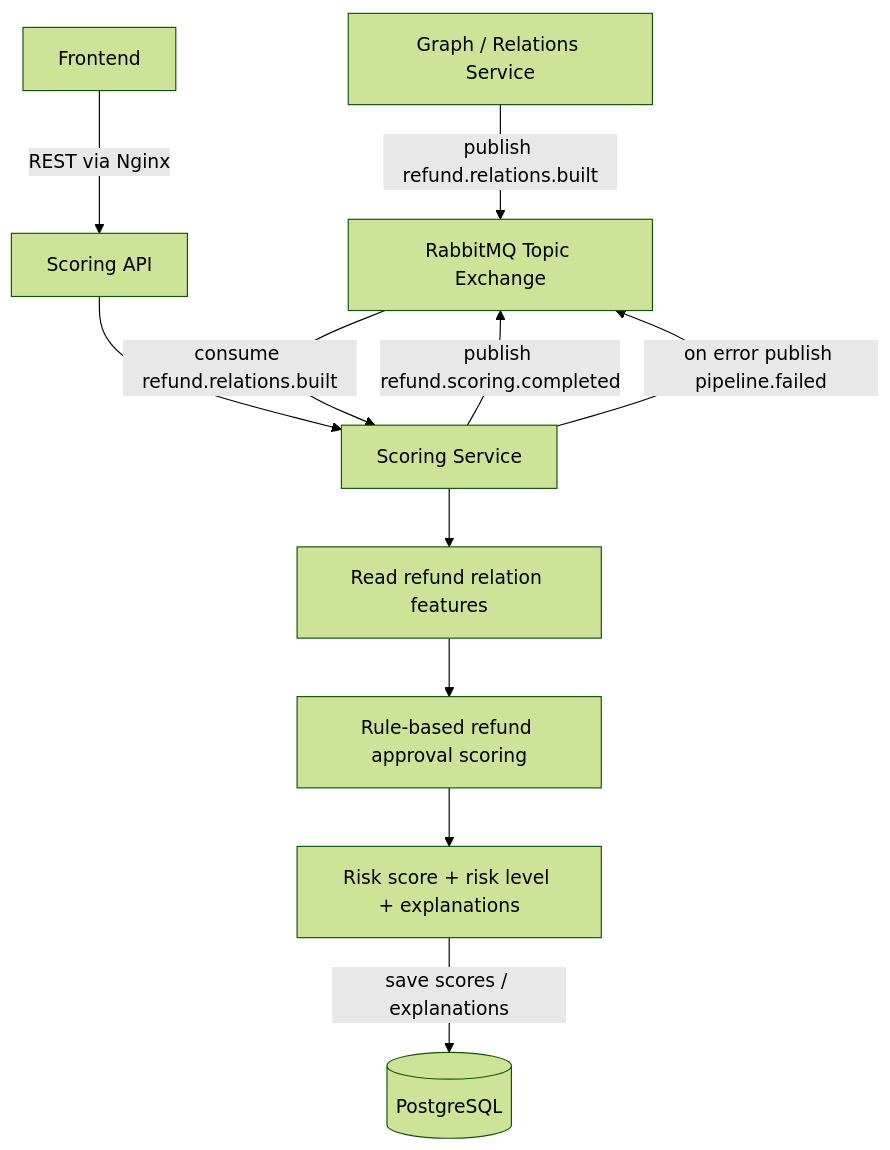
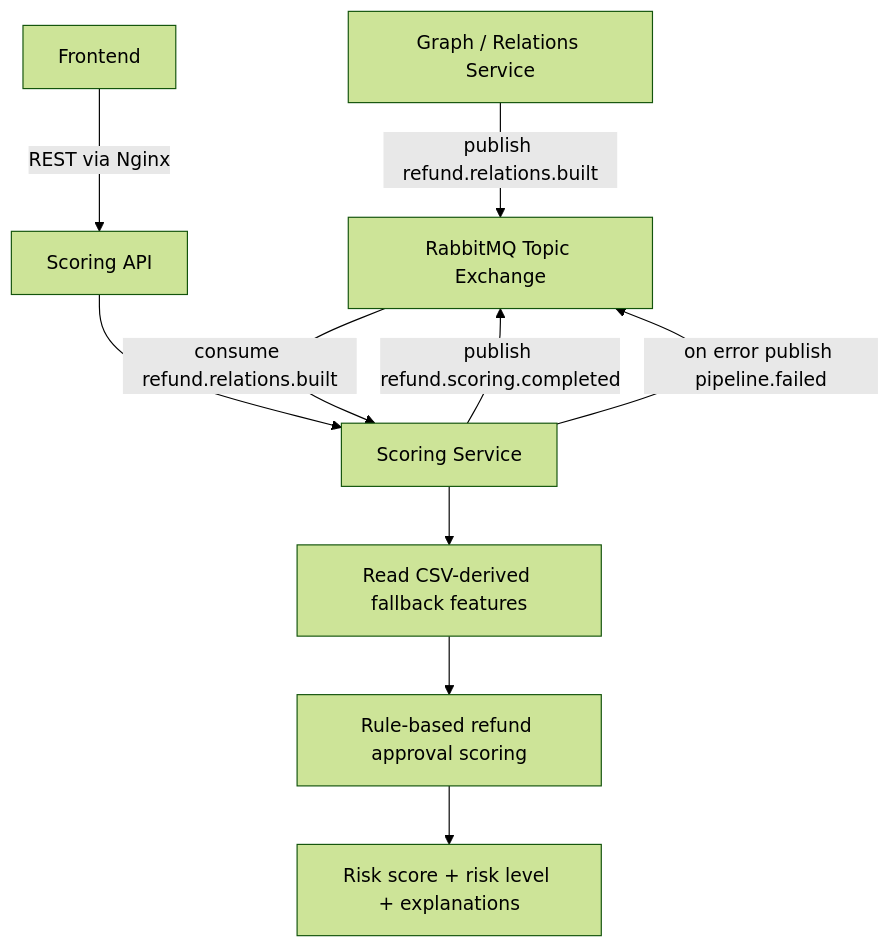
The diagram in backend/scoring-service/README.md (suxarikiii/Anti-Fraud-Detector), drawn with Mermaid (forest theme) before and after one commit. The commit also changed other lines of this file and 5 other files, not shown here.

````diff
--- a/backend/scoring-service/README.md
+++ b/backend/scoring-service/README.md
@@ -18,16 +18,15 @@
 ```mermaid
 flowchart TD
     A[Graph / Relations Service] -->|publish refund.relations.built| B[RabbitMQ Topic Exchange]
     B -->|consume refund.relations.built| C[Scoring Service]
 
-    C --> D[Read refund relation features]
+    C --> D[Read CSV-derived fallback features]
     D --> E[Rule-based refund approval scoring]
     E --> F[Risk score + risk level + explanations]
 
-    F -->|save scores / explanations| G[(PostgreSQL)]
     C -->|publish refund.scoring.completed| B
     C -->|on error publish pipeline.failed| B
 
     H[Frontend] -->|REST via Nginx| I[Scoring API]
     I --> C
 ```
````
